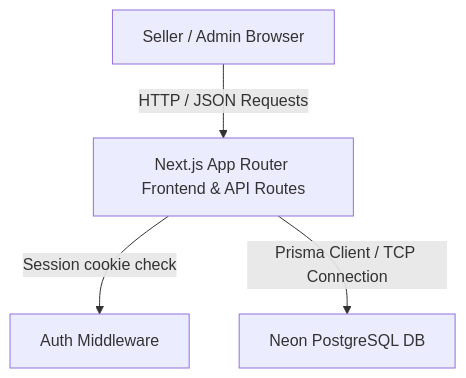
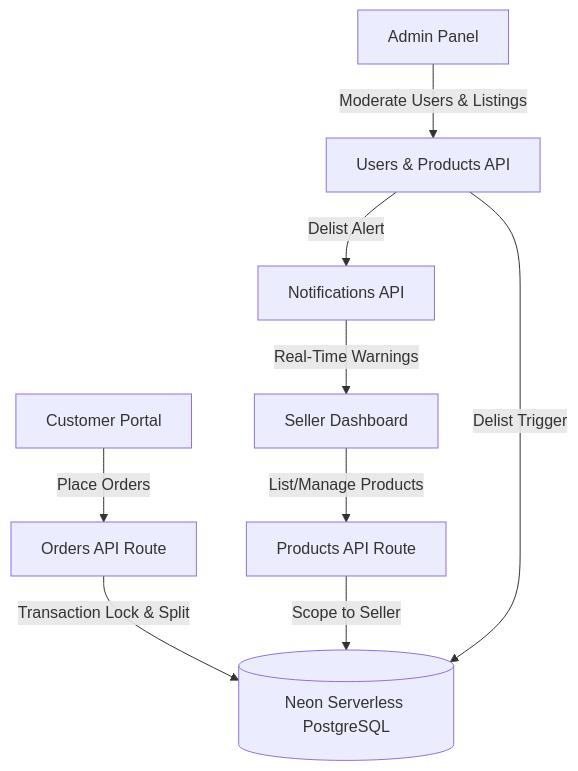
The first of 2 diagrams in README.md (softways1/aasamedchem), drawn with Mermaid before and after one commit. The commit also changed other lines of this file and 2 other files, not shown here.

Commit message:
docs: overhaul README.md with B2B/B2C marketplace diagrams and seed test credentials

````diff
--- a/README.md
+++ b/README.md
@@ -13,6 +31,12 @@
 ```mermaid
 graph TD
-  User[Seller / Admin Browser] -->|HTTP / JSON Requests| NextJS[Next.js App Router Frontend & API Routes]
-  NextJS -->|Session cookie check| Auth[Auth Middleware]
-  NextJS -->|Prisma Client / TCP Connection| Neon[Neon PostgreSQL DB]
+  Customer[Customer Portal] -->|Place Orders| API_Orders[Orders API Route]
+  Seller[Seller Dashboard] -->|List/Manage Products| API_Products[Products API Route]
+  Admin[Admin Panel] -->|Moderate Users & Listings| API_Moderation[Users & Products API]
+  
+  API_Orders -->|Transaction Lock & Split| DB[(Neon Serverless PostgreSQL)]
+  API_Products -->|Scope to Seller| DB
+  API_Moderation -->|Delist Trigger| DB
+  API_Moderation -->|Delist Alert| Notif[Notifications API]
+  Notif -->|Real-Time Warnings| Seller
 ```
````
